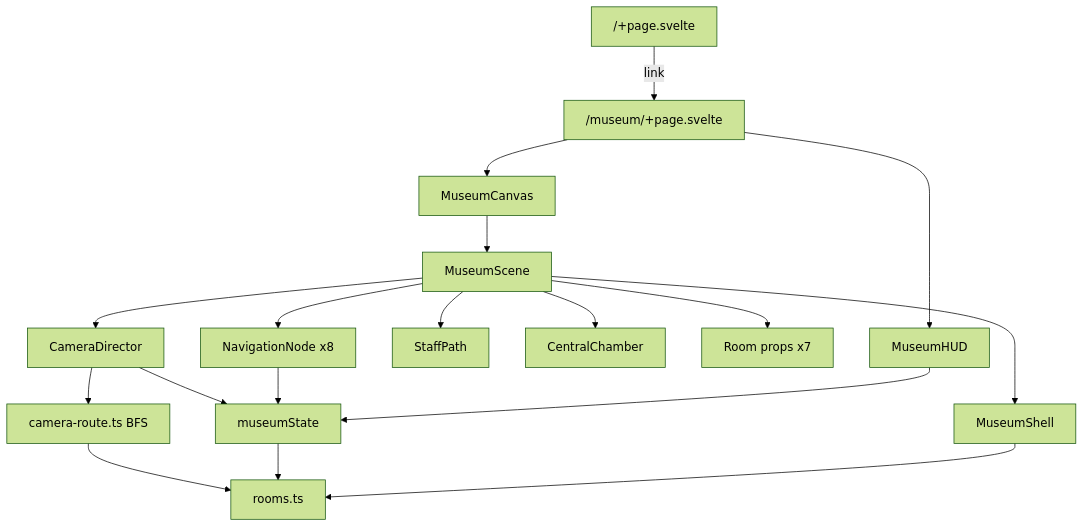
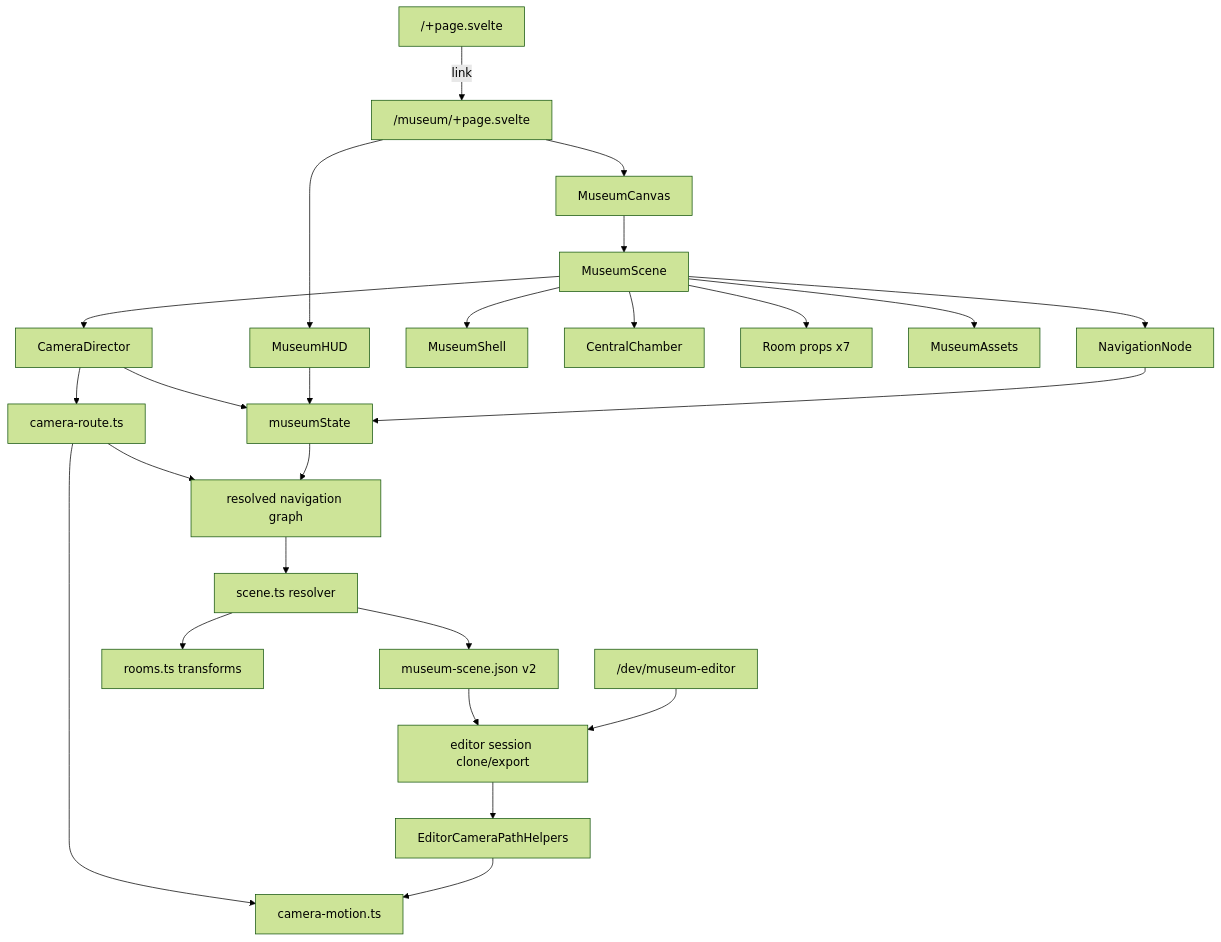
Before and after one commit to toni8699/Museum: the diagram in AGENTS.md, drawn with Mermaid (forest theme). The commit also changed other lines of this file and 38 other files, not shown here.

````diff
--- a/AGENTS.md
+++ b/AGENTS.md
@@ -15,20 +15,27 @@
 ```mermaid
 flowchart TB
   Landing["/+page.svelte"] -->|link| Page["/museum/+page.svelte"]
   Page --> Canvas["MuseumCanvas"]
   Page --> HUD["MuseumHUD"]
   Canvas --> Scene["MuseumScene"]
   Scene --> Cam["CameraDirector"]
   Scene --> Shell["MuseumShell"]
-  Scene --> Path["StaffPath"]
   Scene --> Center["CentralChamber"]
   Scene --> Rooms["Room props x7"]
-  Scene --> Nodes["NavigationNode x8"]
+  Scene --> Assets["MuseumAssets"]
+  Scene --> Nodes["NavigationNode"]
   Cam --> State["museumState"]
+  HUD --> State
   Nodes --> State
-  HUD --> State
-  Cam --> Route["camera-route.ts BFS"]
-  Route --> Content["rooms.ts"]
-  State --> Content
-  Shell --> Content
+  Cam --> Route["camera-route.ts"]
+  Route --> Motion["camera-motion.ts"]
+  Route --> Graph["resolved navigation graph"]
+  State --> Graph
+  Graph --> Resolver["scene.ts resolver"]
+  Resolver --> Document["museum-scene.json v2"]
+  Resolver --> Architecture["rooms.ts transforms"]
+  Document --> Session["editor session clone/export"]
+  Editor["/dev/museum-editor"] --> Session
+  Session --> PathHelpers["EditorCameraPathHelpers"]
+  PathHelpers --> Motion
 ```
````
